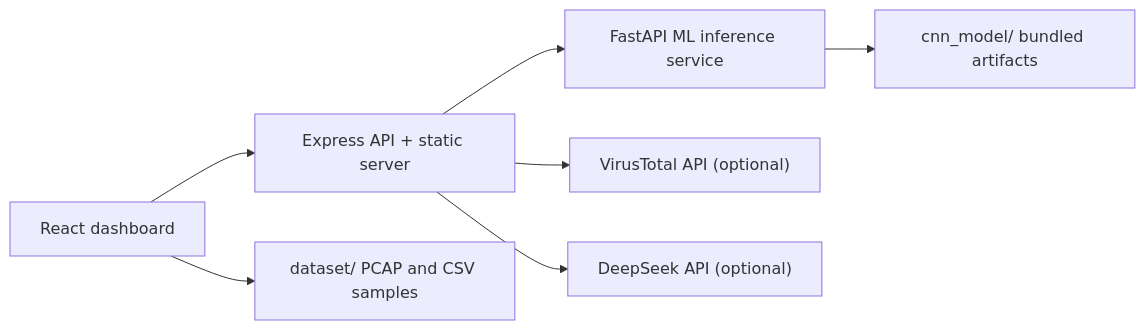
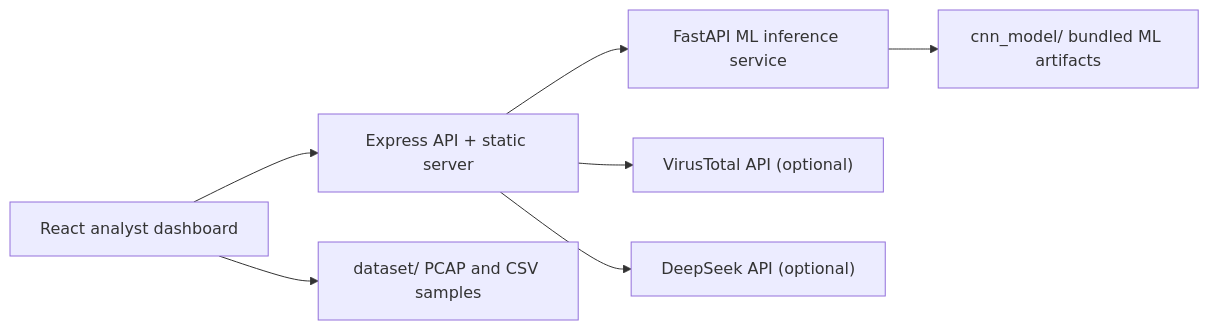
Before and after one commit to smartboy223/AI-Based-Mobile-Network-Intrusion-Detection: the diagram in README.md, drawn with Mermaid. The commit also changed other lines of this file, not shown here.

````diff
--- a/README.md
+++ b/README.md
@@ -24,9 +50,9 @@
 ```mermaid
 flowchart LR
-  A["React dashboard"] --> B["Express API + static server"]
+  A["React analyst dashboard"] --> B["Express API + static server"]
   B --> C["FastAPI ML inference service"]
-  C --> D["cnn_model/ bundled artifacts"]
+  C --> D["cnn_model/ bundled ML artifacts"]
   B --> E["VirusTotal API (optional)"]
   B --> F["DeepSeek API (optional)"]
   A --> G["dataset/ PCAP and CSV samples"]
 ```
````
